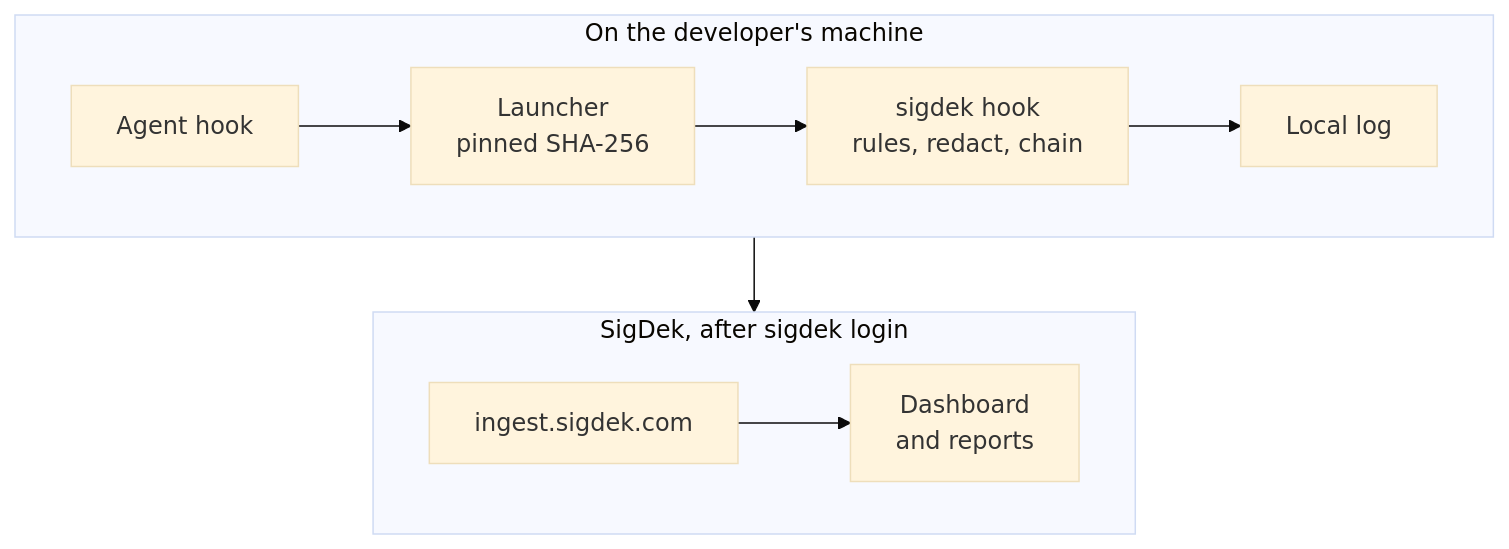
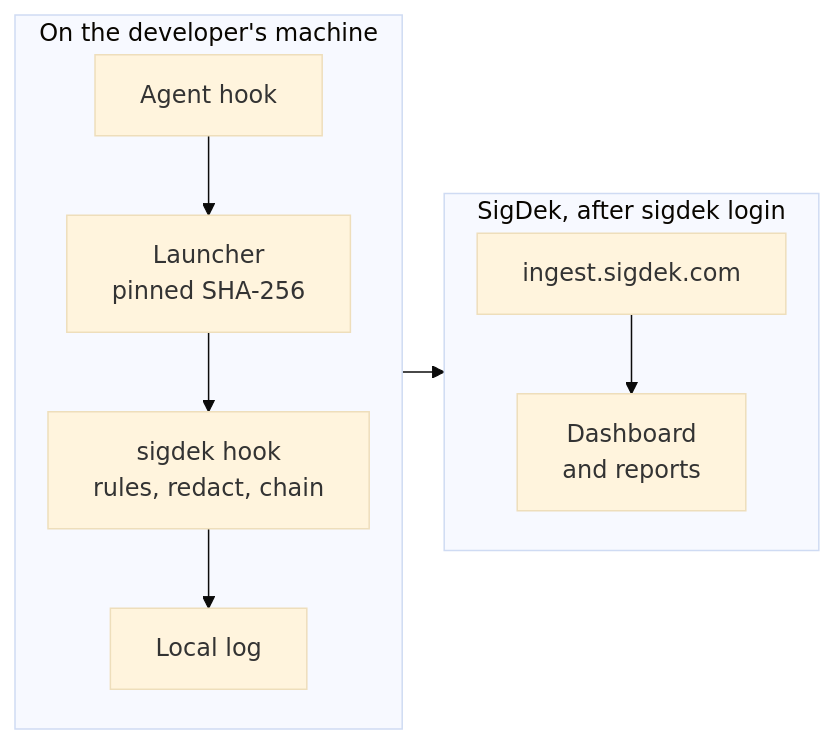
One commit to tektonsoftware/sigdek changed the diagram in README.md. Above: the diagram before and after it, drawn with Mermaid (base theme).

Commit message:
README: the diagram is two short columns, the machine and SigDek, so it reads on a phone

````diff
--- a/README.md
+++ b/README.md
@@ -95,12 +95,13 @@
 ```mermaid
-flowchart TD
+%%{init: {"flowchart": {"nodeSpacing": 24, "rankSpacing": 28}}}%%
+flowchart LR
   subgraph M["On the developer's machine"]
-    direction LR
+    direction TB
     A["Agent hook"] --> B["Launcher<br/>pinned SHA-256"] --> C["sigdek hook<br/>rules, redact, chain"] --> D["Local log"]
   end
   subgraph S["SigDek, after sigdek login"]
-    direction LR
+    direction TB
     E["ingest.sigdek.com"] --> F["Dashboard<br/>and reports"]
   end
   M --> S
 ```
````
